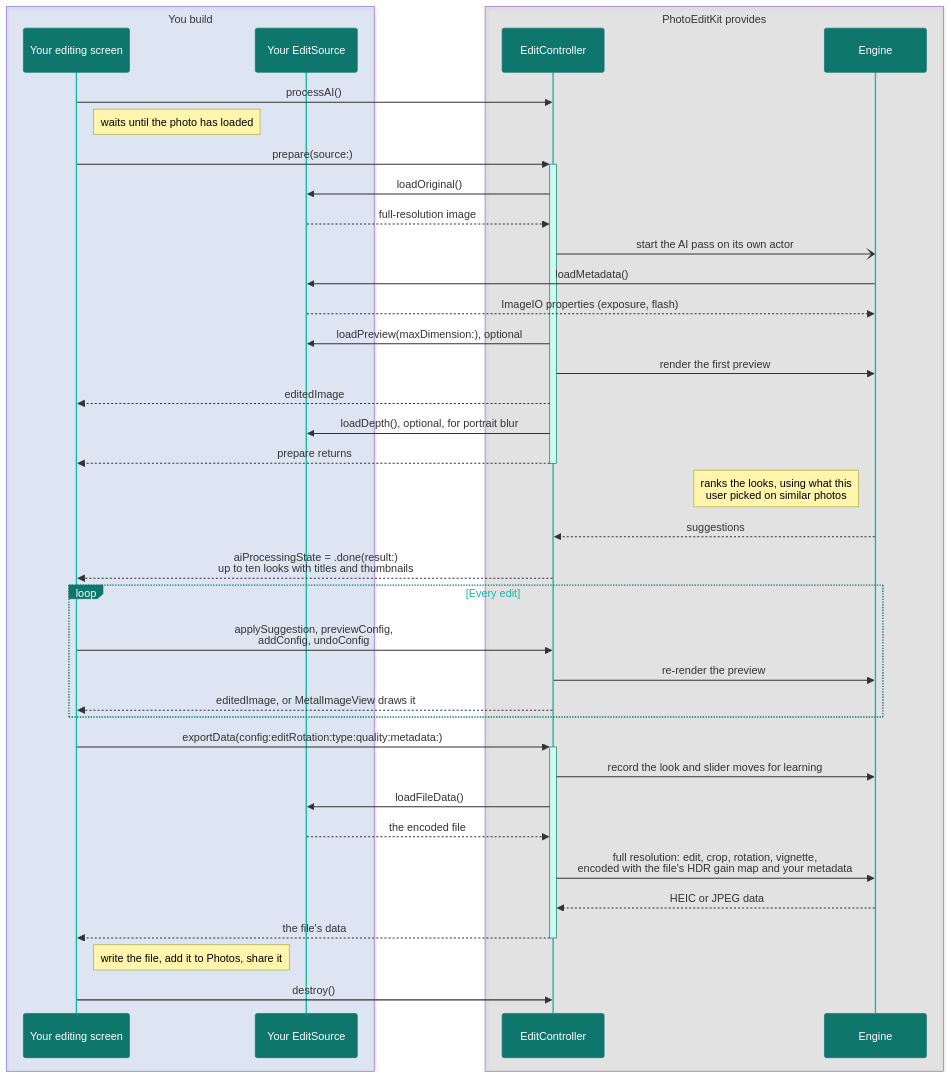
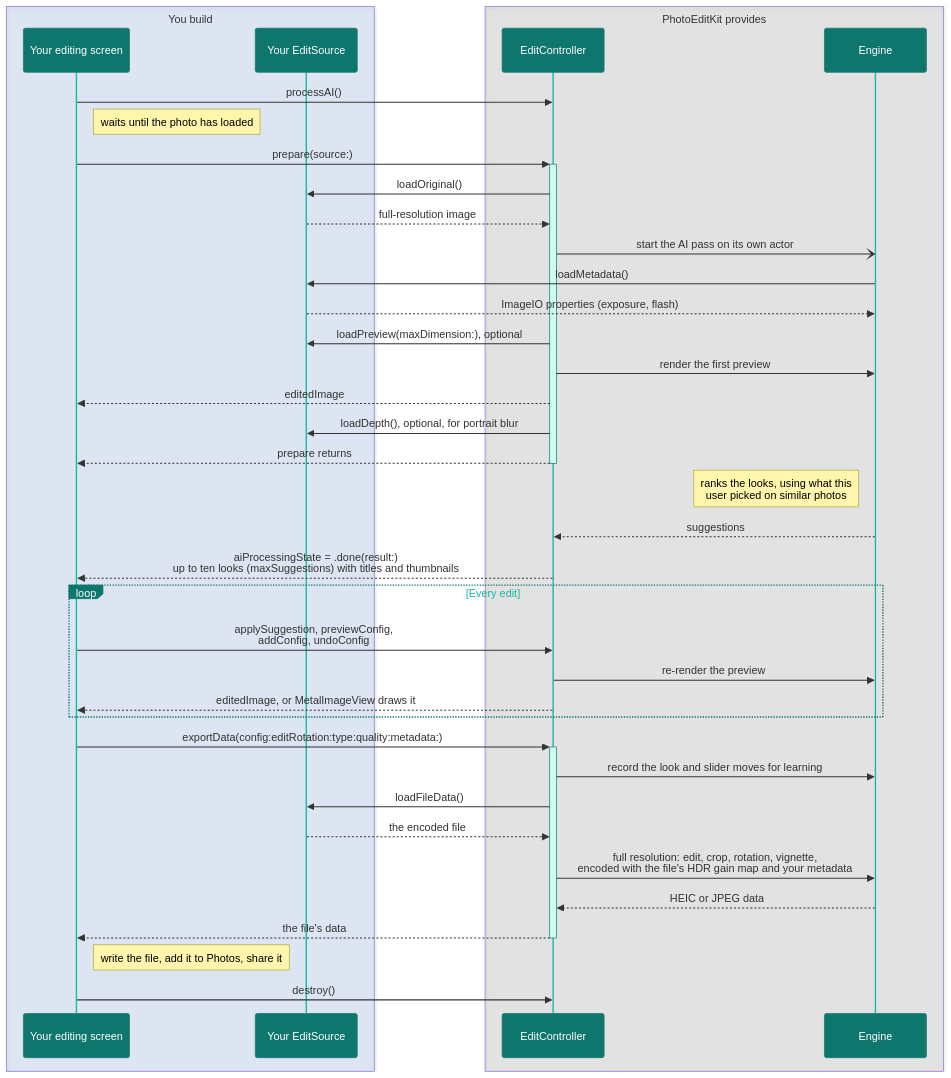
The diagram in README.md (8kdesign/PhotoEditKit), drawn with Mermaid before and after one commit. The commit also changed other lines of this file and 2 other files, not shown here.

````diff
--- a/README.md
+++ b/README.md
@@ -83,45 +84,45 @@
 ```mermaid
 %%{init: {"themeVariables": {"actorBkg": "#0f766e", "actorBorder": "#0f766e", "actorTextColor": "#ffffff", "actorLineColor": "#14b8a6", "labelBoxBkgColor": "#0f766e", "labelBoxBorderColor": "#0f766e", "labelTextColor": "#ffffff", "loopTextColor": "#14b8a6", "activationBkgColor": "#ccfbf1", "activationBorderColor": "#0f766e"}}}%%
 sequenceDiagram
     box rgba(80, 140, 220, 0.15) You build
         participant UI as Your editing screen
         participant Src as Your EditSource
     end
     box rgba(120, 120, 120, 0.15) PhotoEditKit provides
         participant EC as EditController
         participant E as Engine
     end
 
     UI->>EC: processAI()
     Note right of UI: waits until the photo has loaded
     UI->>+EC: prepare(source:)
     EC->>Src: loadOriginal()
     Src-->>EC: full-resolution image
     EC-)E: start the AI pass on its own actor
     E->>Src: loadMetadata()
     Src-->>E: ImageIO properties (exposure, flash)
     EC->>Src: loadPreview(maxDimension:), optional
     EC->>E: render the first preview
     EC-->>UI: editedImage
     EC->>Src: loadDepth(), optional, for portrait blur
     EC-->>-UI: prepare returns
     Note left of E: ranks the looks, using what this<br>user picked on similar photos
     E-->>EC: suggestions
-    EC-->>UI: aiProcessingState = .done(result:)<br>up to ten looks with titles and thumbnails
+    EC-->>UI: aiProcessingState = .done(result:)<br>up to ten looks (maxSuggestions) with titles and thumbnails
 
     loop Every edit
         UI->>EC: applySuggestion, previewConfig,<br>addConfig, undoConfig
         EC->>E: re-render the preview
         EC-->>UI: editedImage, or MetalImageView draws it
     end
 
     UI->>+EC: exportData(config:editRotation:type:quality:metadata:)
     EC->>E: record the look and slider moves for learning
     EC->>Src: loadFileData()
     Src-->>EC: the encoded file
     EC->>E: full resolution: edit, crop, rotation, vignette,<br>encoded with the file's HDR gain map and your metadata
     E-->>EC: HEIC or JPEG data
     EC-->>-UI: the file's data
     Note right of UI: write the file, add it to Photos, share it
     UI->>EC: destroy()
 ```
````
